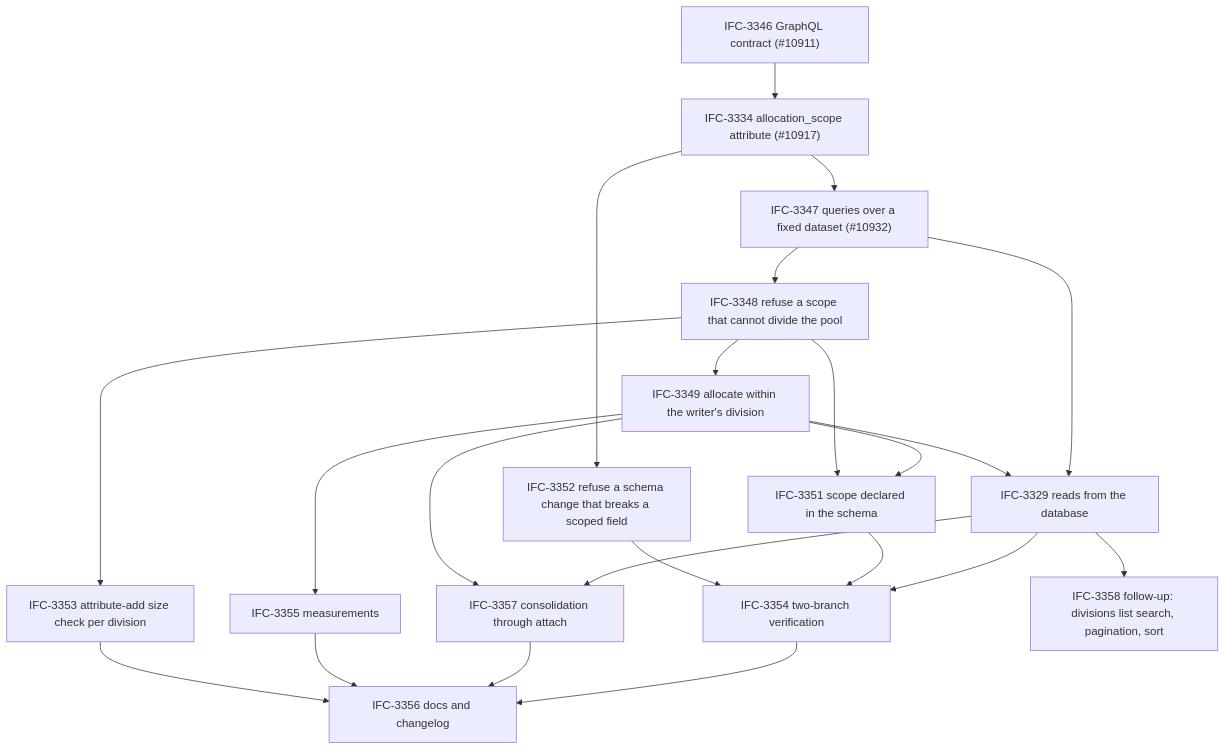
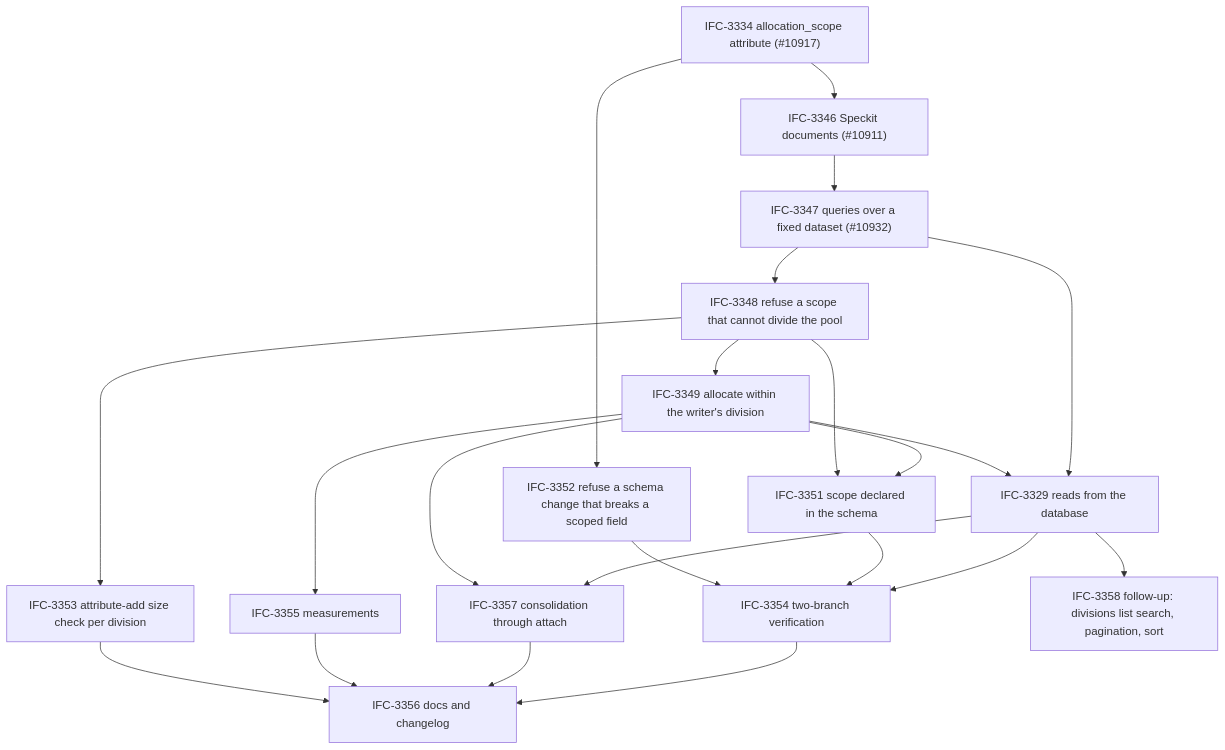
Before and after one commit to opsmill/infrahub: the diagram in dev/specs/ifc-3185-scoped-number-pools/tasks.md, drawn with Mermaid. The commit also changed other lines of this file and 1 other file, not shown here.

First line of the commit message:
docs(specs): merge the allocation_scope ticket before the documents [IFC-3185]

````diff
--- a/dev/specs/ifc-3185-scoped-number-pools/tasks.md
+++ b/dev/specs/ifc-3185-scoped-number-pools/tasks.md
@@ -820,29 +820,29 @@
 ```mermaid
 flowchart TD
   T3334["IFC-3334 allocation_scope attribute (#10917)"]
-  T3346["IFC-3346 GraphQL contract (#10911)"]
+  T3346["IFC-3346 Speckit documents (#10911)"]
   T3347["IFC-3347 queries over a fixed dataset (#10932)"]
   T3348["IFC-3348 refuse a scope that cannot divide the pool"]
   T3352["IFC-3352 refuse a schema change that breaks a scoped field"]
   T3349["IFC-3349 allocate within the writer's division"]
   T3353["IFC-3353 attribute-add size check per division"]
   T3351["IFC-3351 scope declared in the schema"]
   T3329["IFC-3329 reads from the database"]
   T3357["IFC-3357 consolidation through attach"]
   T3355["IFC-3355 measurements"]
   T3354["IFC-3354 two-branch verification"]
   T3356["IFC-3356 docs and changelog"]
   T3358["IFC-3358 follow-up: divisions list search, pagination, sort"]
 
-  T3346 --> T3334 --> T3347 --> T3348 --> T3349 --> T3329
+  T3334 --> T3346 --> T3347 --> T3348 --> T3349 --> T3329
   T3334 --> T3352 --> T3354
   T3347 --> T3329
   T3348 --> T3351
   T3348 --> T3353 --> T3356
   T3349 --> T3351 --> T3354
   T3349 --> T3355 --> T3356
   T3349 --> T3357
   T3329 --> T3357 --> T3356
   T3329 --> T3354 --> T3356
   T3329 --> T3358
 ```
````
